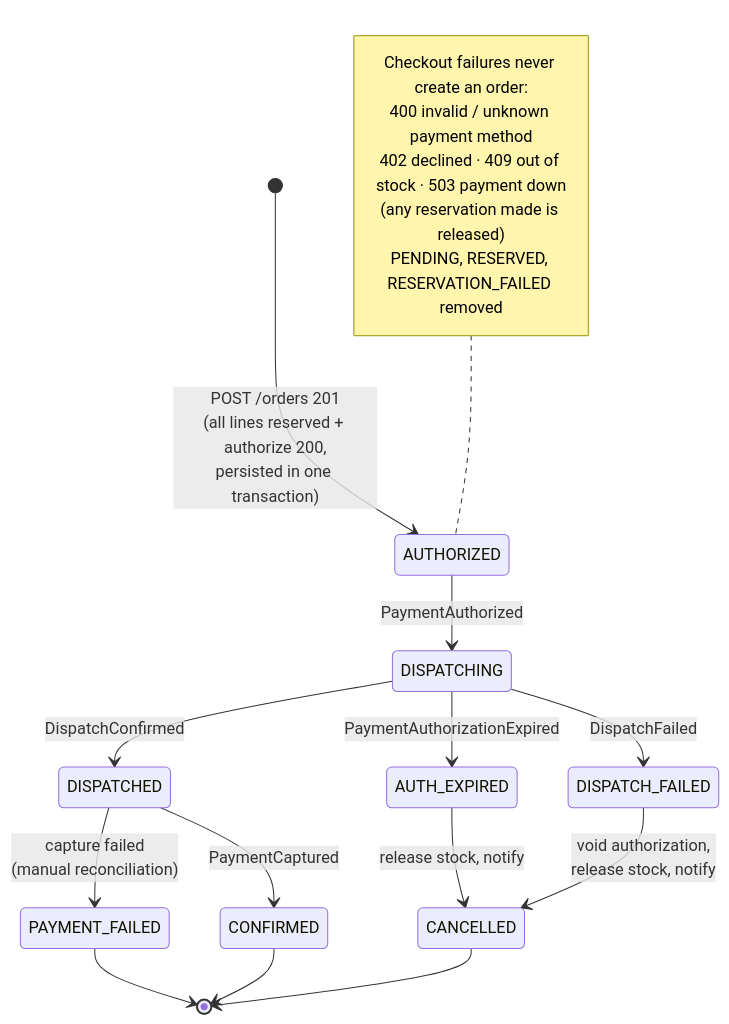
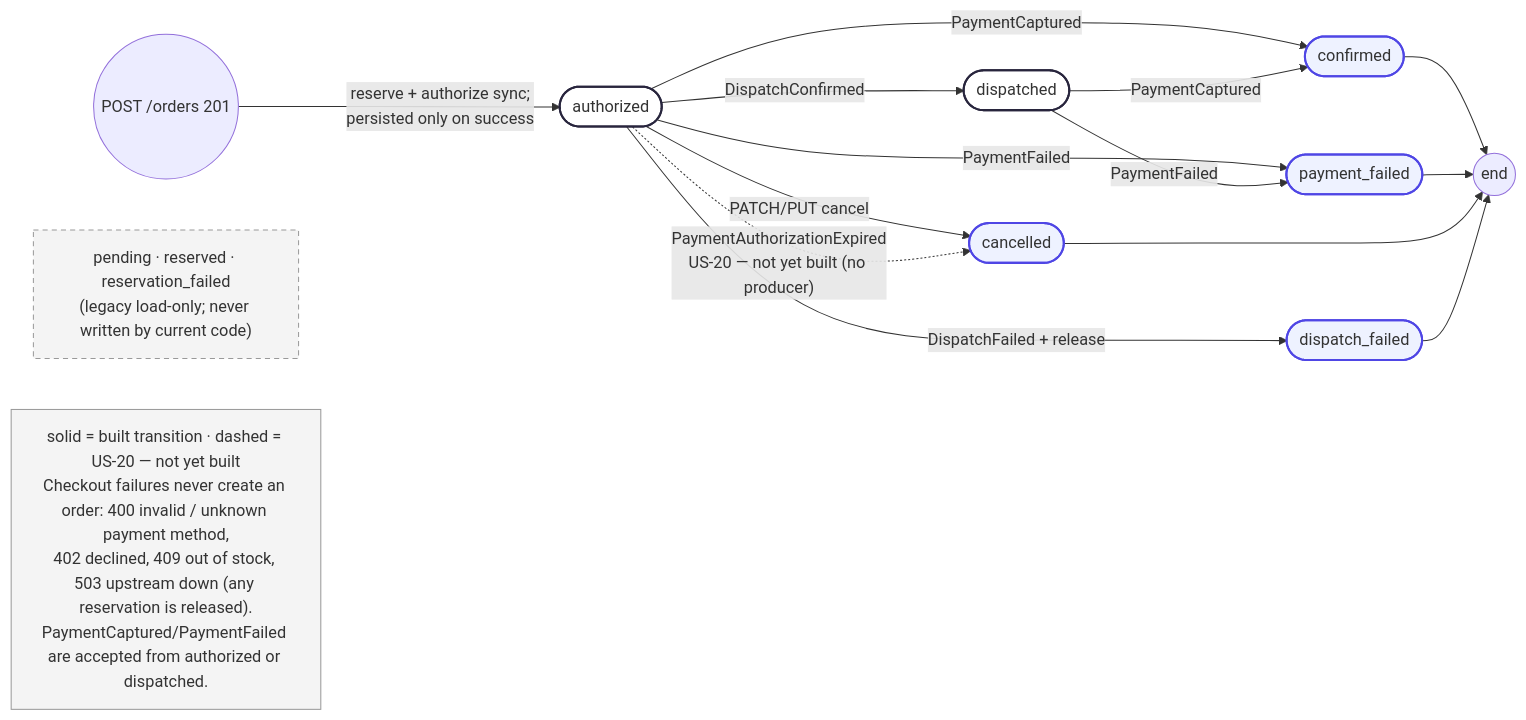
The diagram in docs/diagrams/order-state-model.mmd (beckfordp/gluon), drawn with Mermaid before and after one commit. The commit also changed 15 other files, not shown here.

Commit message:
docs(diagrams): Refresh diagrams to current design

```diff
--- a/docs/diagrams/order-state-model.mmd
+++ b/docs/diagrams/order-state-model.mmd
@@ -1,25 +1,37 @@
-stateDiagram-v2
-    [*] --> AUTHORIZED: POST /orders 201<br/>(all lines reserved + authorize 200,<br/>persisted in one transaction)
+flowchart LR
+    START(("POST /orders 201"))
+    AUTHORIZED(["authorized"])
+    DISPATCHED(["dispatched"])
+    CONFIRMED(["confirmed"])
+    PAYMENT_FAILED(["payment_failed"])
+    CANCELLED(["cancelled"])
+    DISPATCH_FAILED(["dispatch_failed"])
+    END(("end"))
 
-    note left of AUTHORIZED
-        Checkout failures never create an order:
-        400 invalid / unknown payment method
-        402 declined · 409 out of stock · 503 payment down
-        (any reservation made is released)
-        PENDING, RESERVED, RESERVATION_FAILED removed
-    end note
+    START -->|"reserve + authorize sync;<br/>persisted only on success"| AUTHORIZED
 
-    AUTHORIZED --> DISPATCHING: PaymentAuthorized
-    DISPATCHING --> DISPATCHED: DispatchConfirmed
-    DISPATCHING --> DISPATCH_FAILED: DispatchFailed
-    DISPATCHING --> AUTH_EXPIRED: PaymentAuthorizationExpired
+    AUTHORIZED -->|"DispatchConfirmed"| DISPATCHED
+    AUTHORIZED -->|"PaymentCaptured"| CONFIRMED
+    DISPATCHED -->|"PaymentCaptured"| CONFIRMED
+    AUTHORIZED -->|"PaymentFailed"| PAYMENT_FAILED
+    DISPATCHED -->|"PaymentFailed"| PAYMENT_FAILED
+    AUTHORIZED -->|"DispatchFailed + release"| DISPATCH_FAILED
+    AUTHORIZED -->|"PATCH/PUT cancel"| CANCELLED
+    AUTHORIZED -.->|"PaymentAuthorizationExpired<br/>US-20 — not yet built (no producer)"| CANCELLED
 
-    DISPATCHED --> CONFIRMED: PaymentCaptured
-    DISPATCHED --> PAYMENT_FAILED: capture failed<br/>(manual reconciliation)
+    CONFIRMED --> END
+    PAYMENT_FAILED --> END
+    CANCELLED --> END
+    DISPATCH_FAILED --> END
 
-    AUTH_EXPIRED --> CANCELLED: release stock, notify
-    DISPATCH_FAILED --> CANCELLED: void authorization,<br/>release stock, notify
+    LEGACY["pending · reserved · reservation_failed<br/>(legacy load-only; never written by current code)"]
+    NOTE["solid = built transition · dashed = US-20 — not yet built<br/>Checkout failures never create an order: 400 invalid / unknown payment method,<br/>402 declined, 409 out of stock, 503 upstream down (any reservation is released).<br/>PaymentCaptured/PaymentFailed are accepted from authorized or dispatched."]
 
-    PAYMENT_FAILED --> [*]
-    CONFIRMED --> [*]
-    CANCELLED --> [*]
+    classDef built fill:#ffffff,stroke:#28253D,stroke-width:2px
+    classDef terminal fill:#eef2ff,stroke:#4f46e5,stroke-width:2px
+    classDef legacy fill:#f4f4f4,stroke:#999999,stroke-dasharray:5 4
+    classDef note fill:#f4f4f4,stroke:#999999
+    class AUTHORIZED,DISPATCHED built
+    class CONFIRMED,PAYMENT_FAILED,CANCELLED,DISPATCH_FAILED terminal
+    class LEGACY legacy
+    class NOTE note
```
